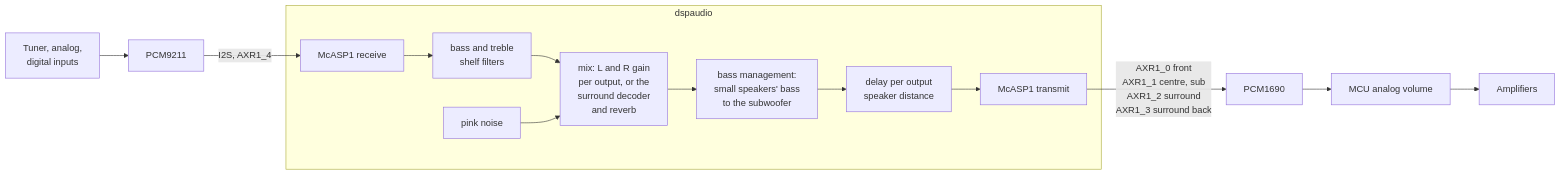
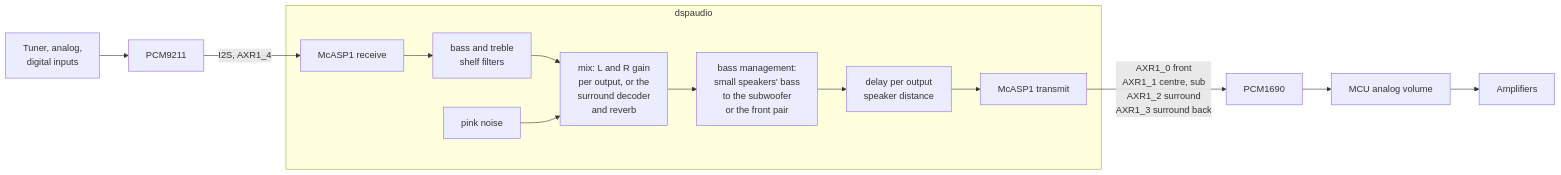
Before and after one commit to ubis/OSIRIS: the fifth of 5 diagrams in docs/architecture.md, drawn with Mermaid. The commit also changed other lines of this file and 2 other files, not shown here.

````diff
--- a/docs/architecture.md
+++ b/docs/architecture.md
@@ -153,15 +155,15 @@
 ```mermaid
 flowchart LR
     IN[Tuner, analog,<br/>digital inputs] --> DIR[PCM9211]
     DIR -->|I2S, AXR1_4| RX[McASP1 receive]
     subgraph dspaudio
         RX --> TONE[bass and treble<br/>shelf filters]
         TONE --> MIX[mix: L and R gain<br/>per output, or the<br/>surround decoder<br/>and reverb]
         NOISE[pink noise] --> MIX
-        MIX --> BASS[bass management:<br/>small speakers' bass<br/>to the subwoofer]
+        MIX --> BASS[bass management:<br/>small speakers' bass<br/>to the subwoofer<br/>or the front pair]
         BASS --> DELAY[delay per output<br/>speaker distance]
         DELAY --> TX[McASP1 transmit]
     end
     TX -->|AXR1_0 front<br/>AXR1_1 centre, sub<br/>AXR1_2 surround<br/>AXR1_3 surround back| DAC[PCM1690]
     DAC --> VOL[MCU analog volume] --> AMP[Amplifiers]
 ```
````
